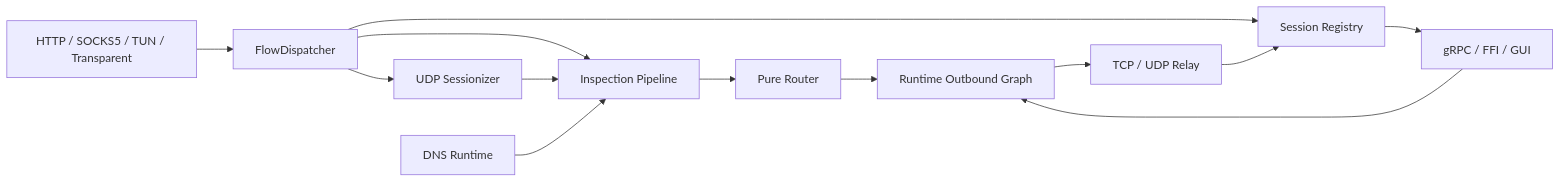
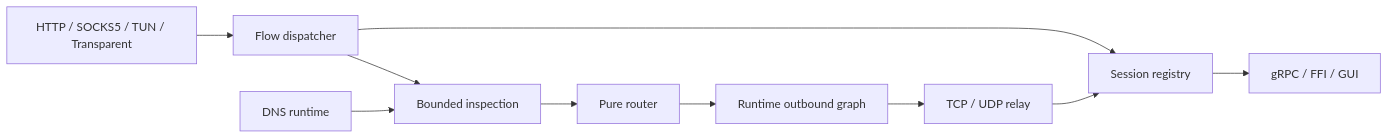
The diagram in docs/architecture.md (loafman1120/RustBox), drawn with Mermaid before and after one commit. The commit also changed other lines of this file and 19 other files, not shown here.

````diff
--- a/docs/architecture.md
+++ b/docs/architecture.md
@@ -74,23 +59,10 @@
 ```mermaid
 flowchart LR
-    IN["HTTP / SOCKS5 / TUN / Transparent"]
-    DISPATCH["FlowDispatcher"]
-    UDP["UDP Sessionizer"]
-    INSPECT["Inspection Pipeline"]
-    ROUTE["Pure Router"]
-    GRAPH["Runtime Outbound Graph"]
-    RELAY["TCP / UDP Relay"]
-    DNS["DNS Runtime"]
-    SESSION["Session Registry"]
-    CONTROL["gRPC / FFI / GUI"]
-
-    IN --> DISPATCH
-    DISPATCH --> INSPECT
-    DISPATCH --> UDP --> INSPECT
-    DNS --> INSPECT
-    INSPECT --> ROUTE --> GRAPH --> RELAY
-    DISPATCH --> SESSION
-    RELAY --> SESSION
-    SESSION --> CONTROL
-    CONTROL --> GRAPH
+    IN["HTTP / SOCKS5 / TUN / Transparent"] --> D["Flow dispatcher"]
+    D --> I["Bounded inspection"] --> R["Pure router"]
+    R --> G["Runtime outbound graph"] --> X["TCP / UDP relay"]
+    DNS["DNS runtime"] --> I
+    D --> S["Session registry"]
+    X --> S
+    S --> C["gRPC / FFI / GUI"]
 ```
````
